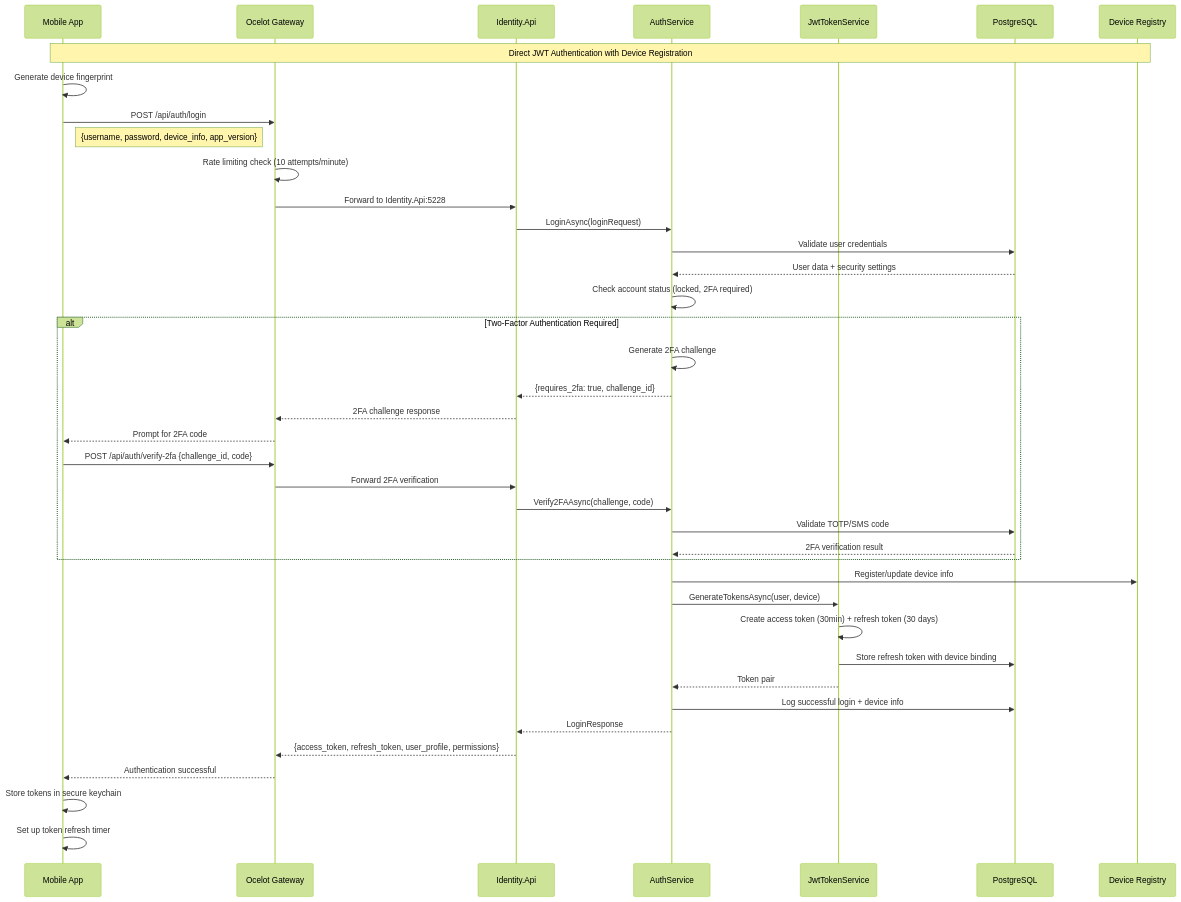
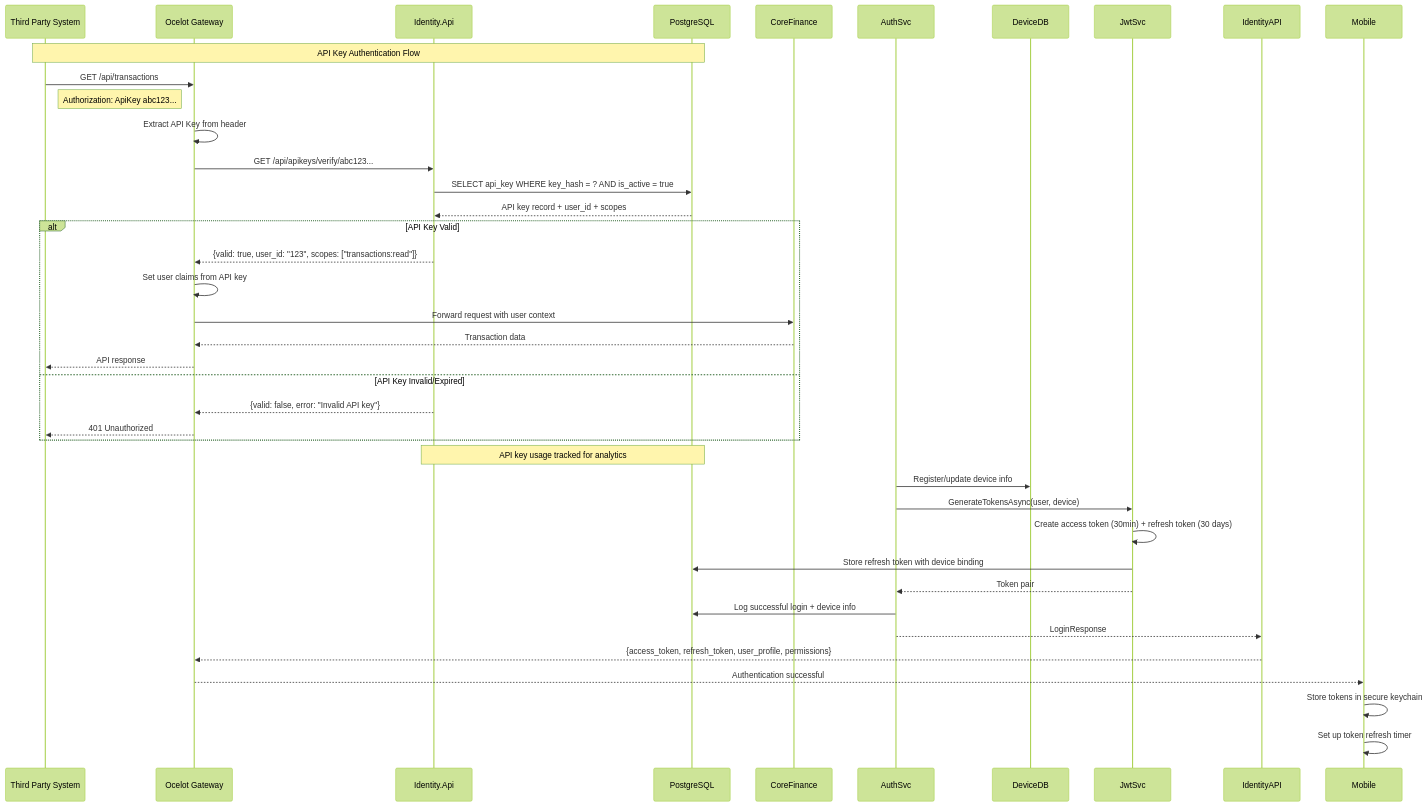
The sixth of 17 diagrams in design/architech_design/flowcharts_v4.md (vinhltt/3_tihomo), drawn with Mermaid (forest theme) before and after one commit. The commit also changed other lines of this file and 11 other files, not shown here.

Commit message:
Refactor Identity & Access Design: Simplify architecture by consolidating Identity services, removing SSO server, and enhancing social login integration. Update documentation to reflect new flows, endpoints, and database schema. Remove outdated files and improve overall clarity and maintainability.

````diff
--- a/design/architech_design/flowcharts_v4.md
+++ b/design/architech_design/flowcharts_v4.md
@@ -738,51 +715,44 @@
 ```mermaid
 sequenceDiagram
-    participant Mobile as Mobile App
+    participant ThirdParty as Third Party System
     participant Gateway as Ocelot Gateway
-    participant IdentityAPI as Identity.Api
-    participant AuthSvc as AuthService
-    participant JwtSvc as JwtTokenService
+    participant Identity as Identity.Api
     participant DB as PostgreSQL
-    participant DeviceDB as Device Registry
 
-    Note over Mobile,DeviceDB: Direct JWT Authentication with Device Registration
+    Note over ThirdParty,DB: API Key Authentication Flow
 
-    Mobile->>Mobile: Generate device fingerprint
-    Mobile->>Gateway: POST /api/auth/login
-    Note right of Mobile: {username, password, device_info, app_version}
+    ThirdParty->>Gateway: GET /api/transactions
+    Note right of ThirdParty: Authorization: ApiKey abc123...
     
-    Gateway->>Gateway: Rate limiting check (10 attempts/minute)
-    Gateway->>IdentityAPI: Forward to Identity.Api:5228
-    IdentityAPI->>AuthSvc: LoginAsync(loginRequest)
+    Gateway->>Gateway: Extract API Key from header
+    Gateway->>Identity: GET /api/apikeys/verify/abc123...
+    Identity->>DB: SELECT api_key WHERE key_hash = ? AND is_active = true
+    DB-->>Identity: API key record + user_id + scopes
     
-    AuthSvc->>DB: Validate user credentials
-    DB-->>AuthSvc: User data + security settings
-    AuthSvc->>AuthSvc: Check account status (locked, 2FA required)
+    alt API Key Valid
+        Identity-->>Gateway: {valid: true, user_id: "123", scopes: ["transactions:read"]}
+        Gateway->>Gateway: Set user claims from API key
+        Gateway->>CoreFinance: Forward request with user context
+        CoreFinance-->>Gateway: Transaction data
+        Gateway-->>ThirdParty: API response
+    else API Key Invalid/Expired
+        Identity-->>Gateway: {valid: false, error: "Invalid API key"}
+        Gateway-->>ThirdParty: 401 Unauthorized
+    end
     
-    alt Two-Factor Authentication Required
-        AuthSvc->>AuthSvc: Generate 2FA challenge
-        AuthSvc-->>IdentityAPI: {requires_2fa: true, challenge_id}
-        IdentityAPI-->>Gateway: 2FA challenge response
-        Gateway-->>Mobile: Prompt for 2FA code
-        
-        Mobile->>Gateway: POST /api/auth/verify-2fa {challenge_id, code}
-        Gateway->>IdentityAPI: Forward 2FA verification
-        IdentityAPI->>AuthSvc: Verify2FAAsync(challenge, code)
-        AuthSvc->>DB: Validate TOTP/SMS code
-        DB-->>AuthSvc: 2FA verification result
-    end
+    Note over Identity,DB: API key usage tracked for analytics
     
     AuthSvc->>DeviceDB: Register/update device info
     AuthSvc->>JwtSvc: GenerateTokensAsync(user, device)
     JwtSvc->>JwtSvc: Create access token (30min) + refresh token (30 days)
     JwtSvc->>DB: Store refresh token with device binding
     JwtSvc-->>AuthSvc: Token pair
     
     AuthSvc->>DB: Log successful login + device info
     AuthSvc-->>IdentityAPI: LoginResponse
     IdentityAPI-->>Gateway: {access_token, refresh_token, user_profile, permissions}
     Gateway-->>Mobile: Authentication successful
     
     Mobile->>Mobile: Store tokens in secure keychain
     Mobile->>Mobile: Set up token refresh timer
 ```
````
